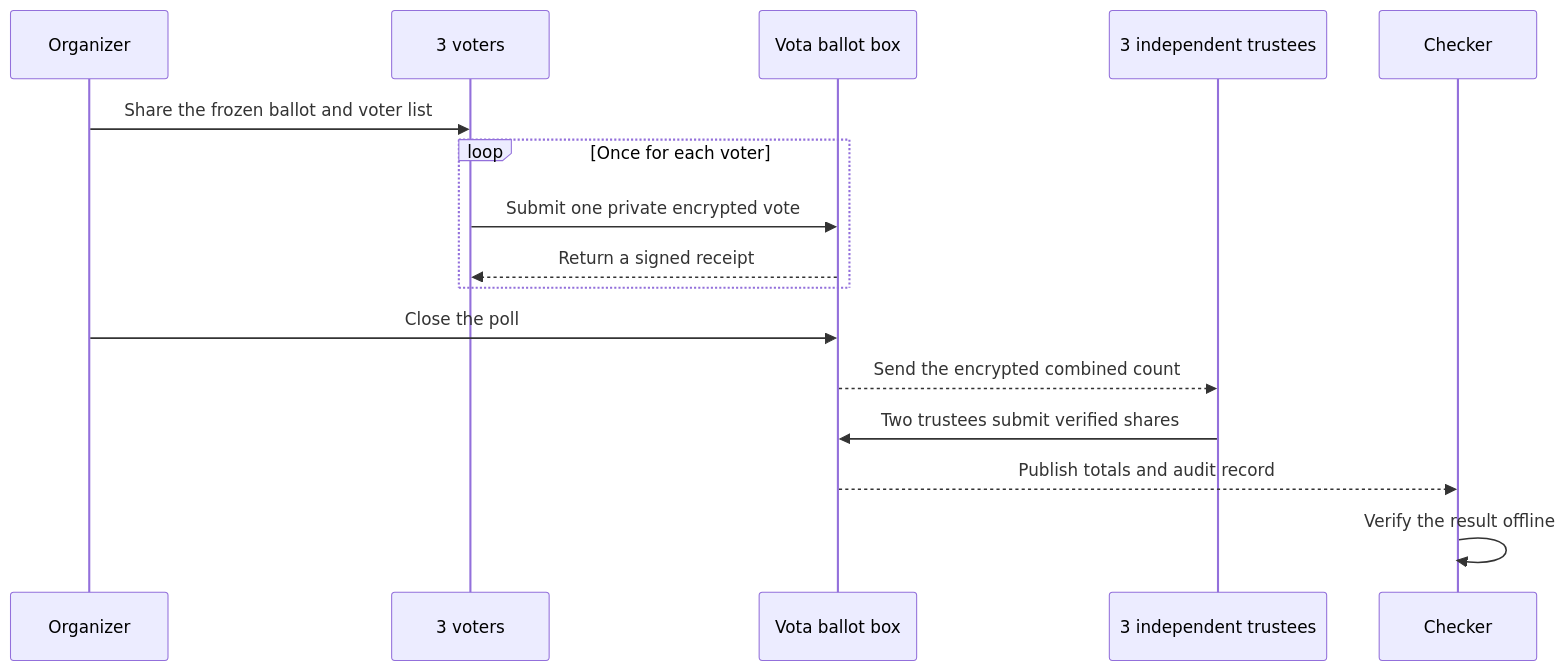
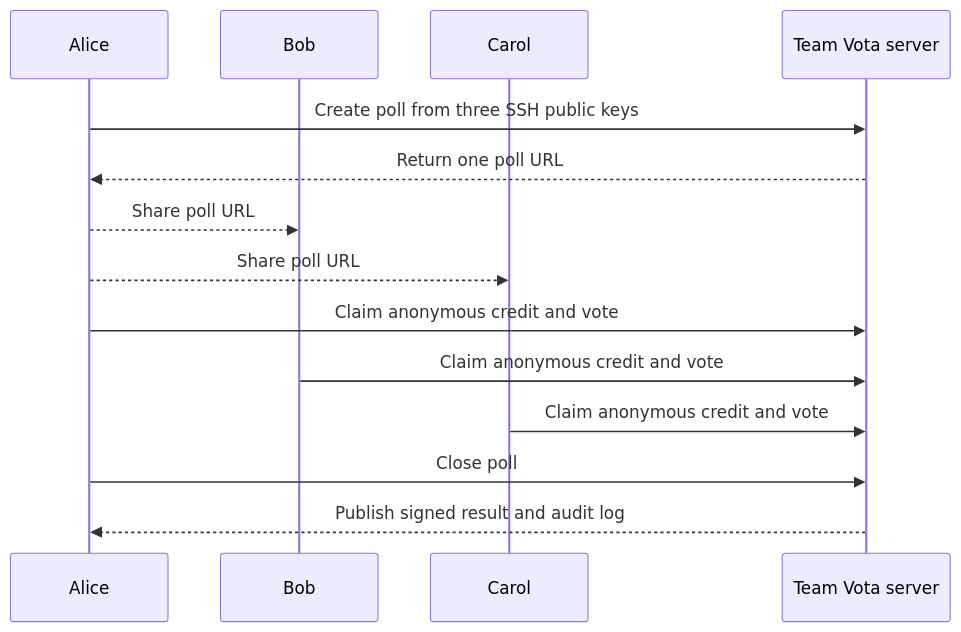
Before and after one commit to cirocosta/vota: the first of 4 diagrams in README.md, drawn with Mermaid. The commit also changed other lines of this file and 132 other files, not shown here.

First line of the commit message:
sequencer: replace v1 with ssh credits

````diff
--- a/README.md
+++ b/README.md
@@ -23,19 +65,17 @@
 ```mermaid
 sequenceDiagram
-    participant Organizer
-    participant Voters as 3 voters
-    participant Collector as Vota ballot box
-    participant Trustees as 3 independent trustees
-    participant Checker
+    participant A as Alice
+    participant B as Bob
+    participant C as Carol
+    participant S as Team Vota server
 
-    Organizer->>Voters: Share the frozen ballot and voter list
-    loop Once for each voter
-        Voters->>Collector: Submit one private encrypted vote
-        Collector-->>Voters: Return a signed receipt
-    end
-    Organizer->>Collector: Close the poll
-    Collector-->>Trustees: Send the encrypted combined count
-    Trustees->>Collector: Two trustees submit verified shares
-    Collector-->>Checker: Publish totals and audit record
-    Checker->>Checker: Verify the result offline
+    A->>S: Create poll from three SSH public keys
+    S-->>A: Return one poll URL
+    A-->>B: Share poll URL
+    A-->>C: Share poll URL
+    A->>S: Claim anonymous credit and vote
+    B->>S: Claim anonymous credit and vote
+    C->>S: Claim anonymous credit and vote
+    A->>S: Close poll
+    S-->>A: Publish signed result and audit log
 ```
````
